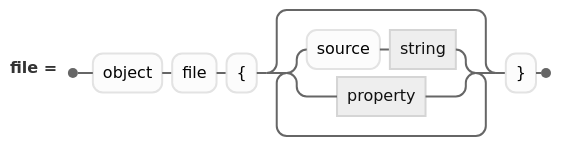
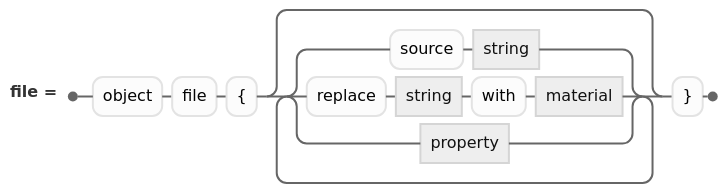
The diagram in docs/diagrams/advanced/objectFileClause.mmd (jskress/RayTracer), drawn with Mermaid (neutral theme) before and after one commit. The commit also changed 46 other files, not shown here.

```diff
--- a/docs/diagrams/advanced/objectFileClause.mmd
+++ b/docs/diagrams/advanced/objectFileClause.mmd
@@ -1,4 +1,4 @@
 railroad-ebnf-beta
 title "An object file"
 
-file = "object" "file" "{" { "source" string | property } "}" ;
+file = "object" "file" "{" { "source" string | "replace" string "with" material | property } "}" ;
```
